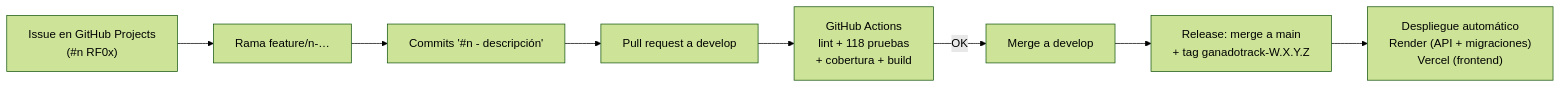
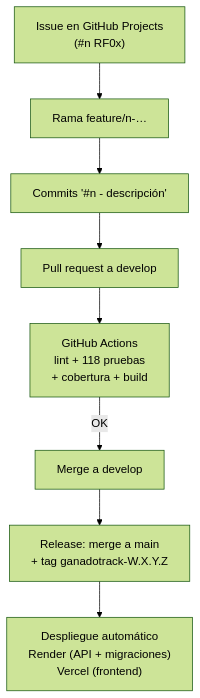
The fourth of 5 diagrams in docs/entrega2/15-arquitectura-y-herramientas.md (mateogit114730/ganadotrack), drawn with Mermaid (forest theme) before and after one commit. The commit also changed other lines of this file and 49 other files, not shown here.

First line of the commit message:
#28 - Diagramas en PNG (10, con DER resumido), capturas de GitHub y menú lateral completo en las capturas de página completa

````diff
--- a/docs/entrega2/15-arquitectura-y-herramientas.md
+++ b/docs/entrega2/15-arquitectura-y-herramientas.md
@@ -323,10 +323,10 @@
 ```mermaid
-flowchart LR
+flowchart TB
   I["Issue en GitHub Projects<br/>(#n RF0x)"] --> B["Rama feature/n-…"]
   B --> C["Commits '#n - descripción'"]
   C --> PR["Pull request a develop"]
   PR --> CI["GitHub Actions<br/>lint + 118 pruebas<br/>+ cobertura + build"]
   CI -->|OK| M["Merge a develop"]
   M --> R["Release: merge a main<br/>+ tag ganadotrack-W.X.Y.Z"]
   R --> D["Despliegue automático<br/>Render (API + migraciones)<br/>Vercel (frontend)"]
 ```
````
